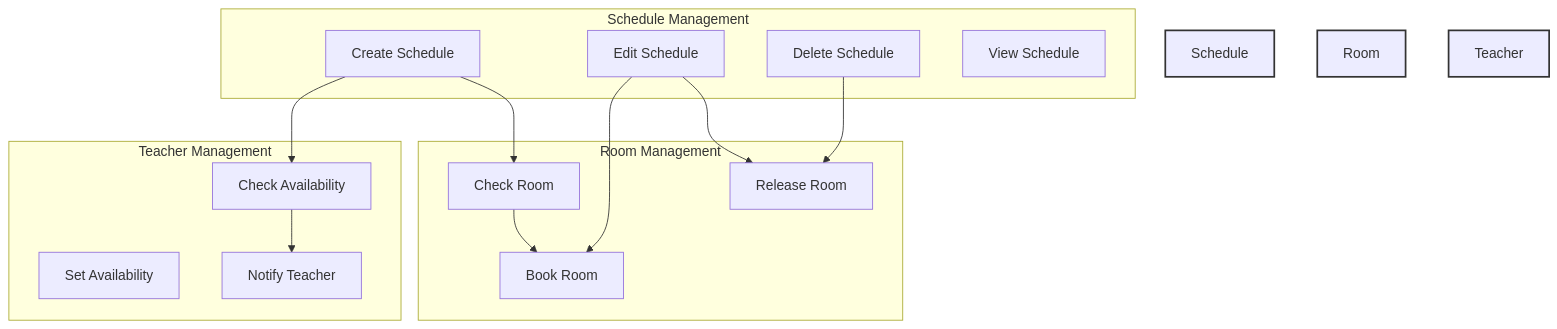
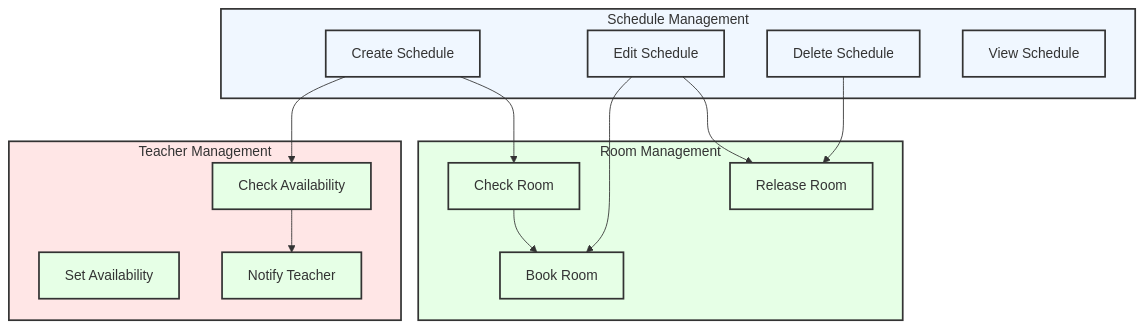
The fourth of 11 diagrams in docs/USER_GUIDE.md (kafle1/timetablepro), drawn with Mermaid before and after one commit. The commit also changed other lines of this file and 1 other file, not shown here.

Commit message:
docs: update diagram colors with consistent high-contrast scheme

````diff
--- a/docs/USER_GUIDE.md
+++ b/docs/USER_GUIDE.md
@@ -388,33 +403,40 @@
 ```mermaid
 flowchart TD
-    subgraph Schedule Management
+    subgraph Schedule["Schedule Management"]
         Create[Create Schedule]
         Edit[Edit Schedule]
         Delete[Delete Schedule]
         View[View Schedule]
     end
     
-    subgraph Room Management
+    subgraph Room["Room Management"]
         CheckRoom[Check Room]
         BookRoom[Book Room]
         ReleaseRoom[Release Room]
     end
     
-    subgraph Teacher Management
+    subgraph Teacher["Teacher Management"]
         CheckAvail[Check Availability]
         SetAvail[Set Availability]
         Notify[Notify Teacher]
     end
     
     Create --> CheckRoom
     Create --> CheckAvail
     CheckRoom --> BookRoom
     CheckAvail --> Notify
     Edit --> ReleaseRoom
     Edit --> BookRoom
     Delete --> ReleaseRoom
     
-    style Schedule Management fill:#f9f,stroke:#333,stroke-width:2px
-    style Room Management fill:#bbf,stroke:#333,stroke-width:2px
-    style Teacher Management fill:#bfb,stroke:#333,stroke-width:2px
+    classDef default fill:#f0f7ff,stroke:#333,stroke-width:2px
+    classDef action fill:#e6ffe6,stroke:#333,stroke-width:2px
+    classDef management fill:#ffe6e6,stroke:#333,stroke-width:2px
+    
+    class Create,Edit,Delete,View default
+    class CheckRoom,BookRoom,ReleaseRoom,CheckAvail,SetAvail,Notify action
+    
+    style Schedule fill:#f0f7ff,stroke:#333,stroke-width:2px
+    style Room fill:#e6ffe6,stroke:#333,stroke-width:2px
+    style Teacher fill:#ffe6e6,stroke:#333,stroke-width:2px
 ```
````
